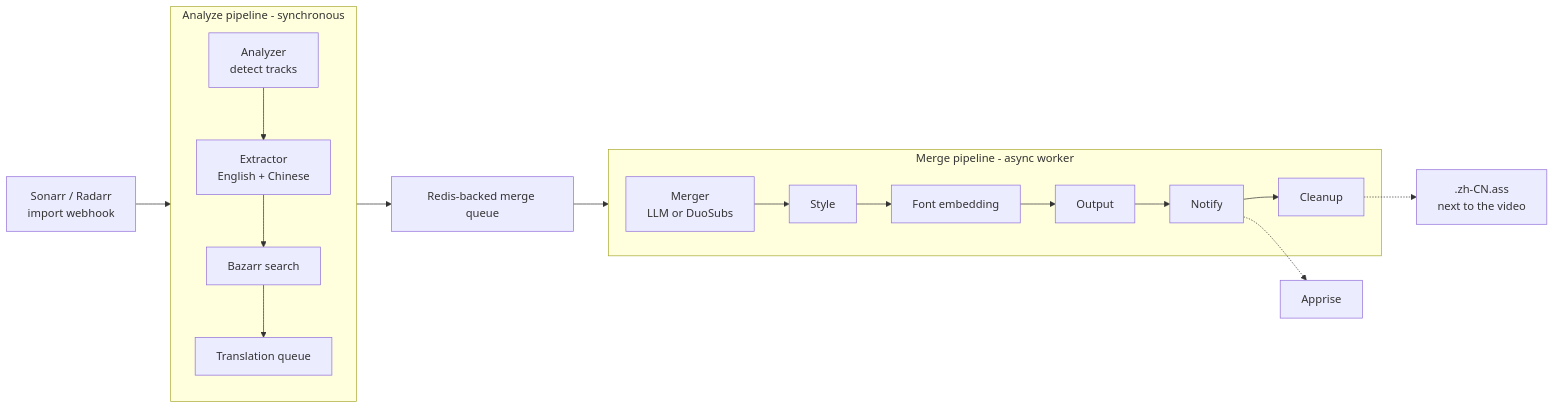
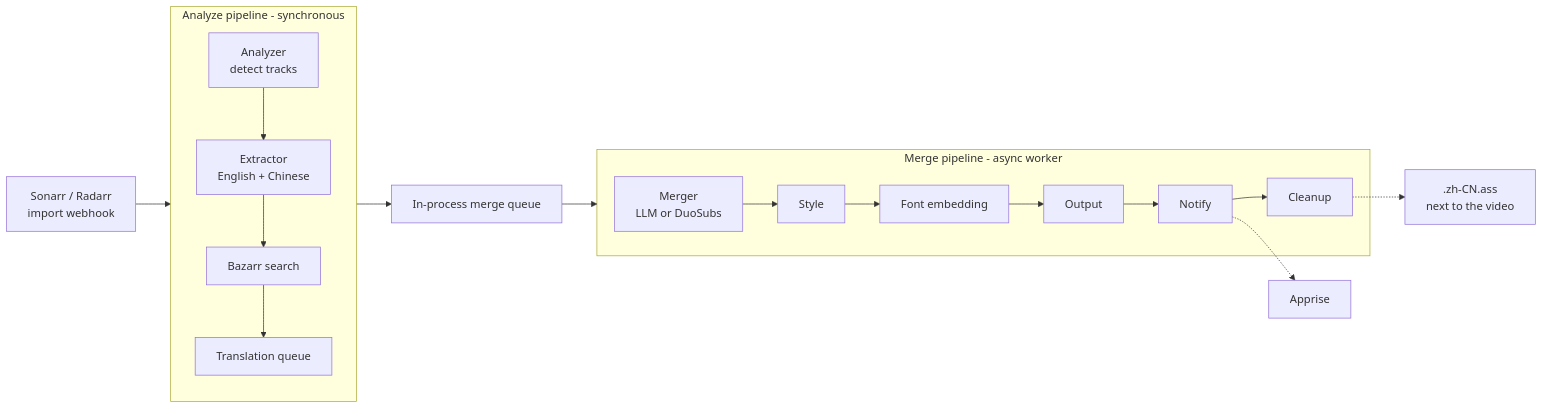
One commit to weizsw/fusionn changed the diagram in README.md. Above: the diagram before and after it, drawn with Mermaid. The commit also changed other lines of this file and 12 other files, not shown here.

````diff
--- a/README.md
+++ b/README.md
@@ -21,18 +21,18 @@
 ```mermaid
 flowchart LR
     A[Sonarr / Radarr<br/>import webhook] --> B
 
     subgraph B [Analyze pipeline - synchronous]
         B1[Analyzer<br/>detect tracks] --> B2[Extractor<br/>English + Chinese] --> B3[Bazarr search] --> B4[Translation queue]
     end
 
-    B --> C[Redis-backed merge queue]
+    B --> C[In-process merge queue]
     C --> D
 
     subgraph D [Merge pipeline - async worker]
         D1[Merger<br/>LLM or DuoSubs] --> D2[Style] --> D3[Font embedding] --> D4[Output] --> D5[Notify] --> D6[Cleanup]
     end
 
     D5 -.-> E[Apprise]
     D6 -.-> F[.zh-CN.ass<br/>next to the video]
 ```
````
